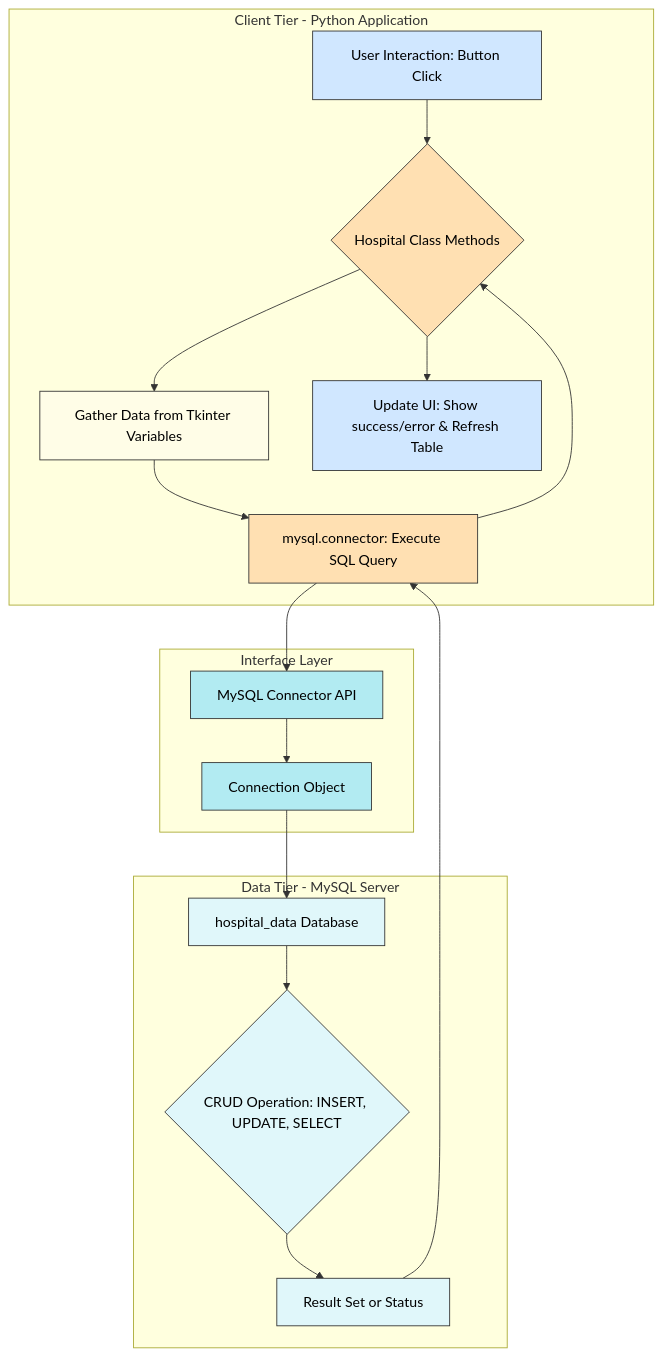
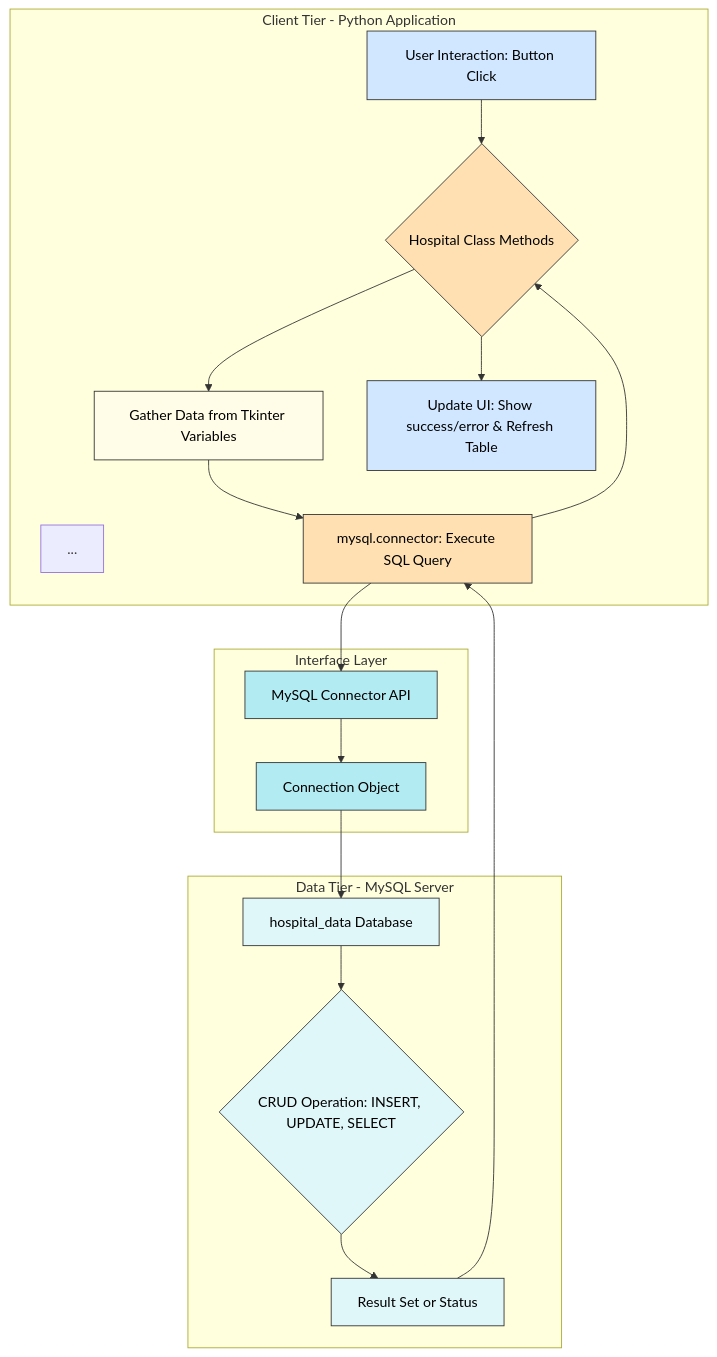
One commit to AbhishekTadaskar/Hospital-Management-System-tkinter-mysql changed the diagram in README.md. Above: the diagram before and after it, drawn with Mermaid.

````diff
--- a/README.md
+++ b/README.md
@@ -9,52 +9,53 @@
 ```mermaid
 graph TD
 
     %% ---------- Client Tier ----------
     subgraph Client_Tier["Client Tier - Python Application"]
+...
         A[User Interaction: Button Click]
         B{Hospital Class Methods}
         C[Gather Data from Tkinter Variables]
         D[mysql.connector: Execute SQL Query]
         J[Update UI: Show success/error & Refresh Table]
     end
 
     %% ---------- Interface ----------
     subgraph Interface_Layer["Interface Layer"]
         E[MySQL Connector API]
         F[Connection Object]
     end
 
     %% ---------- Data Tier ----------
     subgraph Data_Tier["Data Tier - MySQL Server"]
         G[hospital_data Database]
         H{CRUD Operation: INSERT, UPDATE, SELECT}
         I[Result Set or Status]
     end
 
     %% Flow
     A --> B
     B --> C
     C --> D
     D --> E
     E --> F
     F --> G
     G --> H
     H --> I
     I --> D
     D --> B
     B --> J
 
     %% Styles (with black text)
     style A fill:#D0E7FF,stroke:#333,color:#000
     style J fill:#D0E7FF,stroke:#333,color:#000
     style B fill:#FFE0B2,stroke:#333,color:#000
     style C fill:#FFFDE7,stroke:#333,color:#000
     style D fill:#FFE0B2,stroke:#333,color:#000
     style E fill:#B2EBF2,stroke:#333,color:#000
     style F fill:#B2EBF2,stroke:#333,color:#000
     style G fill:#E0F7FA,stroke:#333,color:#000
     style H fill:#E0F7FA,stroke:#333,color:#000
     style I fill:#E0F7FA,stroke:#333,color:#000
 
 
 ```
````
